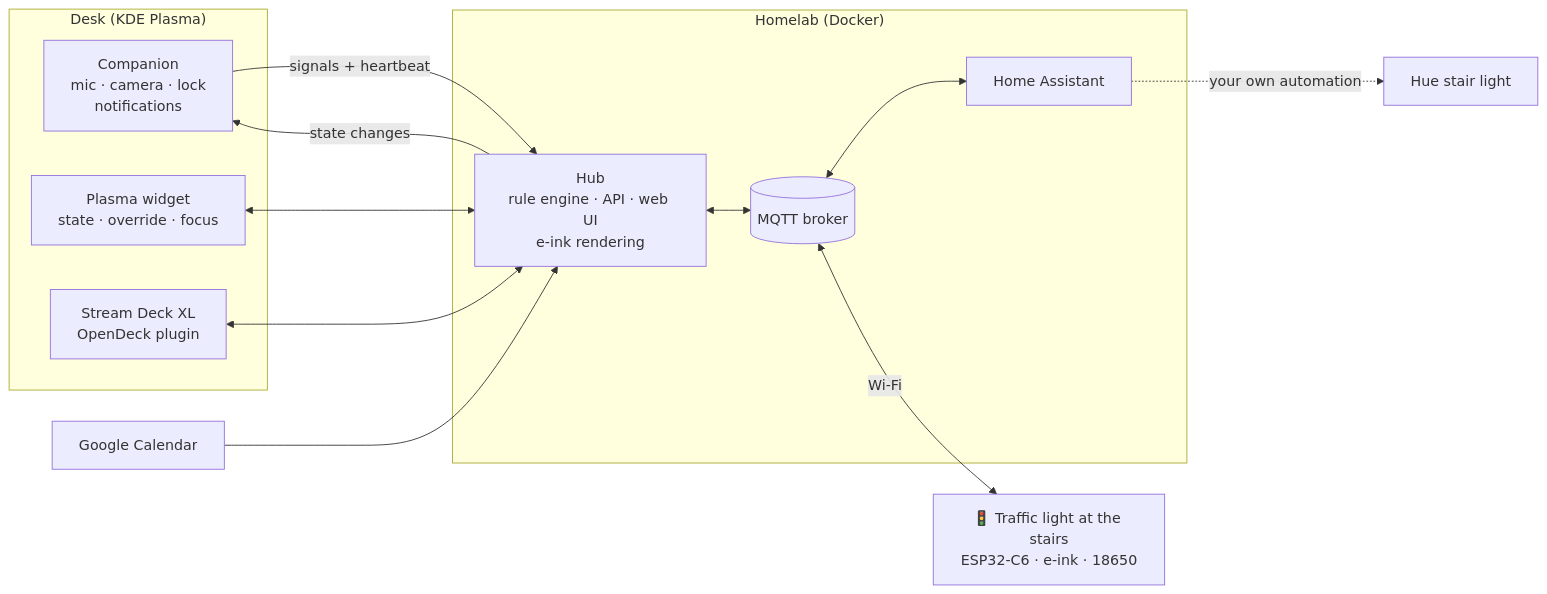
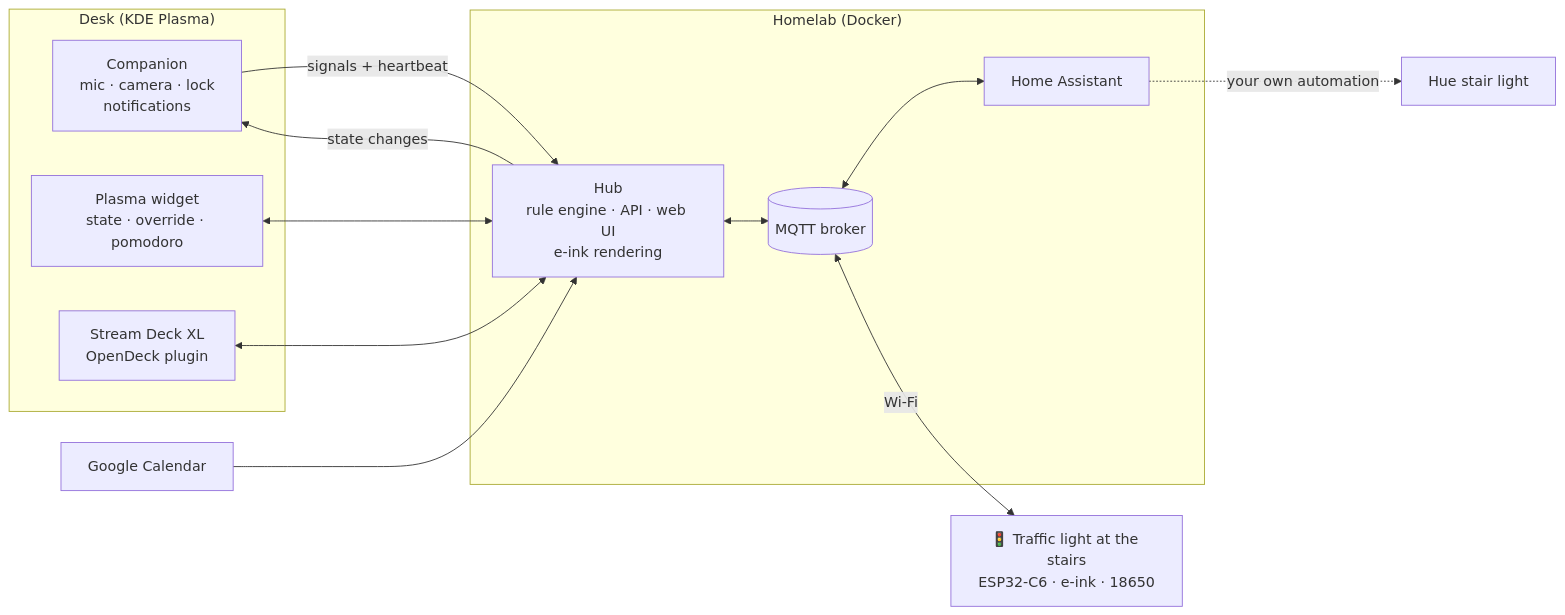
One commit to padalton/doormutex changed the first of 2 diagrams in README.md. Above: the diagram before and after it, drawn with Mermaid. The commit also changed other lines of this file, not shown here.

````diff
--- a/README.md
+++ b/README.md
@@ -106,22 +108,22 @@
 ```mermaid
 flowchart LR
   subgraph desk["Desk (KDE Plasma)"]
     comp["Companion<br/>mic · camera · lock<br/>notifications"]
-    widget["Plasma widget<br/>state · override · focus"]
+    widget["Plasma widget<br/>state · override · pomodoro"]
     deck["Stream Deck XL<br/>OpenDeck plugin"]
   end
   subgraph lab["Homelab (Docker)"]
     hub["Hub<br/>rule engine · API · web UI<br/>e-ink rendering"]
     mqtt[("MQTT broker")]
     ha["Home Assistant"]
   end
   gcal["Google Calendar"] --> hub
   comp -->|signals + heartbeat| hub
   hub -->|state changes| comp
   widget <--> hub
   deck <--> hub
   hub <--> mqtt
   mqtt <--> ha
   mqtt <-->|Wi-Fi| light["🚦 Traffic light at the stairs<br/>ESP32-C6 · e-ink · 18650"]
   ha -.->|your own automation| hue["Hue stair light"]
 ```
````
